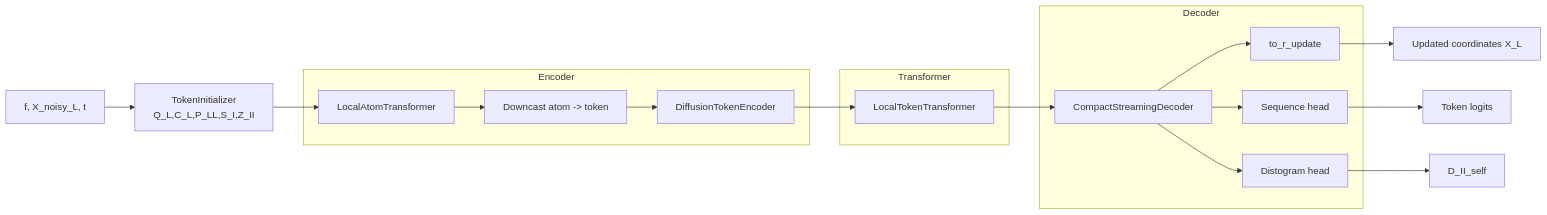
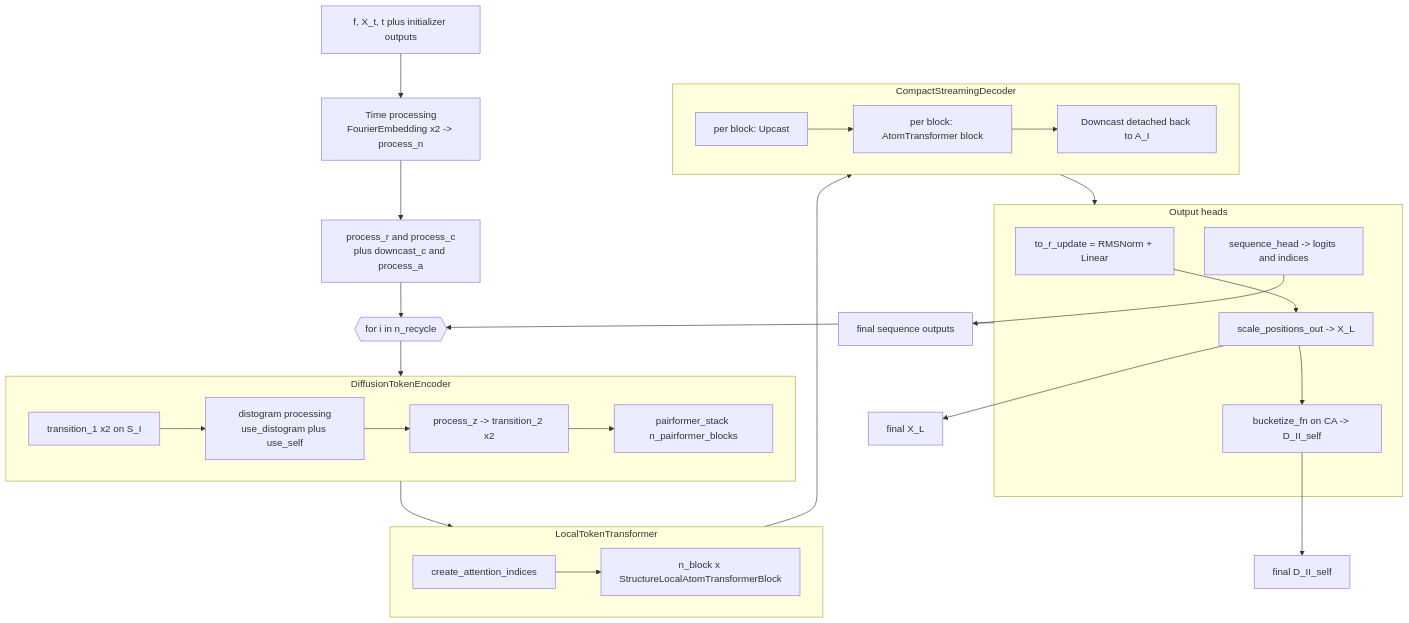
One commit to RTae/foundry changed the third of 3 diagrams in models/rfd3/ARCHITECTURE_README.md. Above: the diagram before and after it, drawn with Mermaid. The commit also changed other lines of this file, not shown here.

Commit message:
refactor: improve architecture diagram clarity and structure in ARCHITECTURE_README.md

````diff
--- a/models/rfd3/ARCHITECTURE_README.md
+++ b/models/rfd3/ARCHITECTURE_README.md
@@ -130,26 +134,46 @@
 ```mermaid
-flowchart LR
-   In[f, X_noisy_L, t] --> TI[TokenInitializer\nQ_L,C_L,P_LL,S_I,Z_II]
+flowchart TB
+   In[f, X_t, t plus initializer outputs] --> Time[Time processing\nFourierEmbedding x2 -> process_n]
+   Time --> ProcR[process_r and process_c\nplus downcast_c and process_a]
+   ProcR --> RecycleLoop{{for i in n_recycle}}
 
-   subgraph Encoder
-      LAT[LocalAtomTransformer]
-      Down[Downcast atom -> token]
-      DTK[DiffusionTokenEncoder]
+   RecycleLoop --> DTE
+
+   subgraph DTE[DiffusionTokenEncoder]
+      DTE1[transition_1 x2 on S_I]
+      DTE2[distogram processing\nuse_distogram plus use_self]
+      DTE3[process_z -> transition_2 x2]
+      DTE4[pairformer_stack n_pairformer_blocks]
+      DTE1 --> DTE2 --> DTE3 --> DTE4
    end
 
-   subgraph Transformer
-      LTT[LocalTokenTransformer]
+   DTE --> LTT
+   subgraph LTT[LocalTokenTransformer]
+      LTT0[create_attention_indices]
+      LTT1[n_block x StructureLocalAtomTransformerBlock]
+      LTT0 --> LTT1
    end
 
-   subgraph Decoder
-      CSD[CompactStreamingDecoder]
-      RU[to_r_update]
-      SH[Sequence head]
-      DH[Distogram head]
+   LTT --> DEC
+   subgraph DEC[CompactStreamingDecoder]
+      DEC1[per block: Upcast]
+      DEC2[per block: AtomTransformer block]
+      DEC3[Downcast detached back to A_I]
+      DEC1 --> DEC2 --> DEC3
    end
 
-   TI --> LAT --> Down --> DTK --> LTT --> CSD
-   CSD --> RU --> Xout[Updated coordinates X_L]
-   CSD --> SH --> Sout[Token logits]
-   CSD --> DH --> Dout[D_II_self]
+   DEC --> Heads
+   subgraph Heads[Output heads]
+      H1[to_r_update = RMSNorm + Linear]
+      H2[scale_positions_out -> X_L]
+      H3[sequence_head -> logits and indices]
+      H4[bucketize_fn on CA -> D_II_self]
+      H1 --> H2
+      H2 --> H4
+   end
+
+   Heads --> RecycleLoop
+   H2 --> Xout[final X_L]
+   H3 --> Sout[final sequence outputs]
+   H4 --> Dout[final D_II_self]
 ```
````
